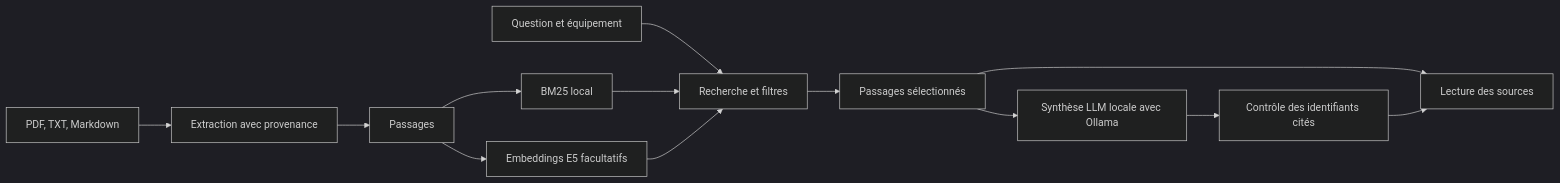
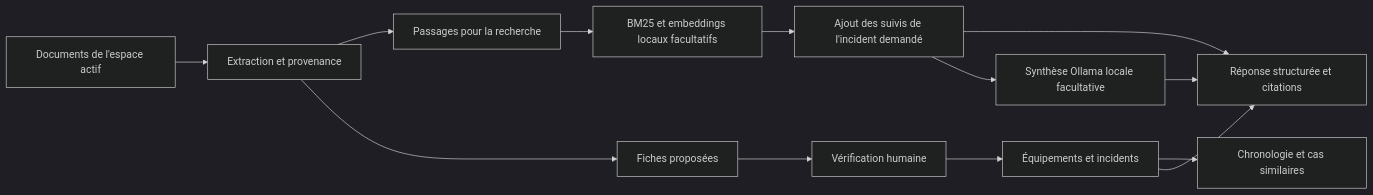
The diagram in docs/ARCHITECTURE.md (axl-chstn/memoire-industrielle), drawn with Mermaid (dark theme) before and after one commit. The commit also changed other lines of this file and 19 other files, not shown here.

Commit message:
Étendre la maquette : atelier, équipements, suivis d'incidents et faits sourcés

````diff
--- a/docs/ARCHITECTURE.md
+++ b/docs/ARCHITECTURE.md
@@ -5,15 +5,15 @@
 ```mermaid
 flowchart LR
-  A[PDF, TXT, Markdown] --> B[Extraction avec provenance]
-  B --> C[Passages]
-  C --> D[BM25 local]
-  C --> E[Embeddings E5 facultatifs]
-  Q[Question et équipement] --> F[Recherche et filtres]
-  D --> F
-  E --> F
-  F --> G[Passages sélectionnés]
-  G --> H[Lecture des sources]
-  G --> I[Synthèse LLM locale avec Ollama]
-  I --> J[Contrôle des identifiants cités]
-  J --> H
+  A[Documents de l'espace actif] --> B[Extraction et provenance]
+  B --> C[Passages pour la recherche]
+  B --> D[Fiches proposées]
+  D --> E[Vérification humaine]
+  E --> F[Équipements et incidents]
+  F --> G[Chronologie et cas similaires]
+  C --> H[BM25 et embeddings locaux facultatifs]
+  H --> I[Ajout des suivis de l'incident demandé]
+  I --> J[Réponse structurée et citations]
+  F --> J
+  I --> K[Synthèse Ollama locale facultative]
+  K --> J
 ```
````
